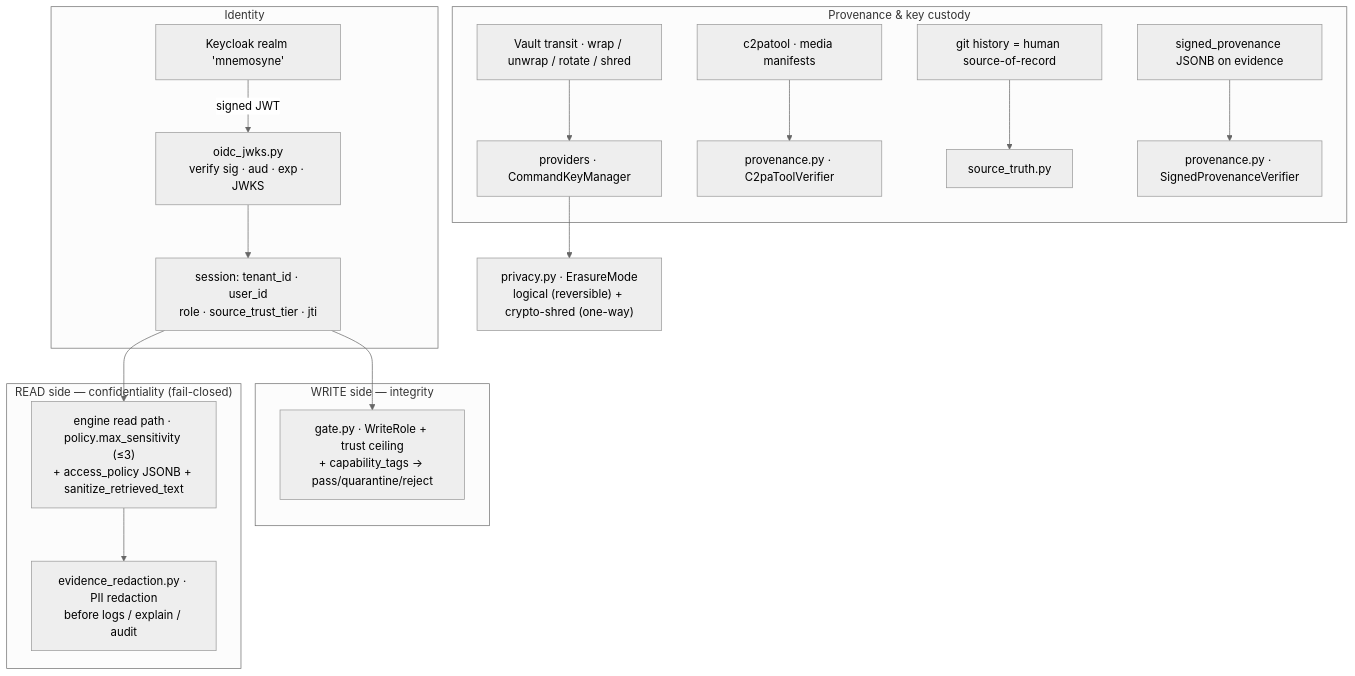
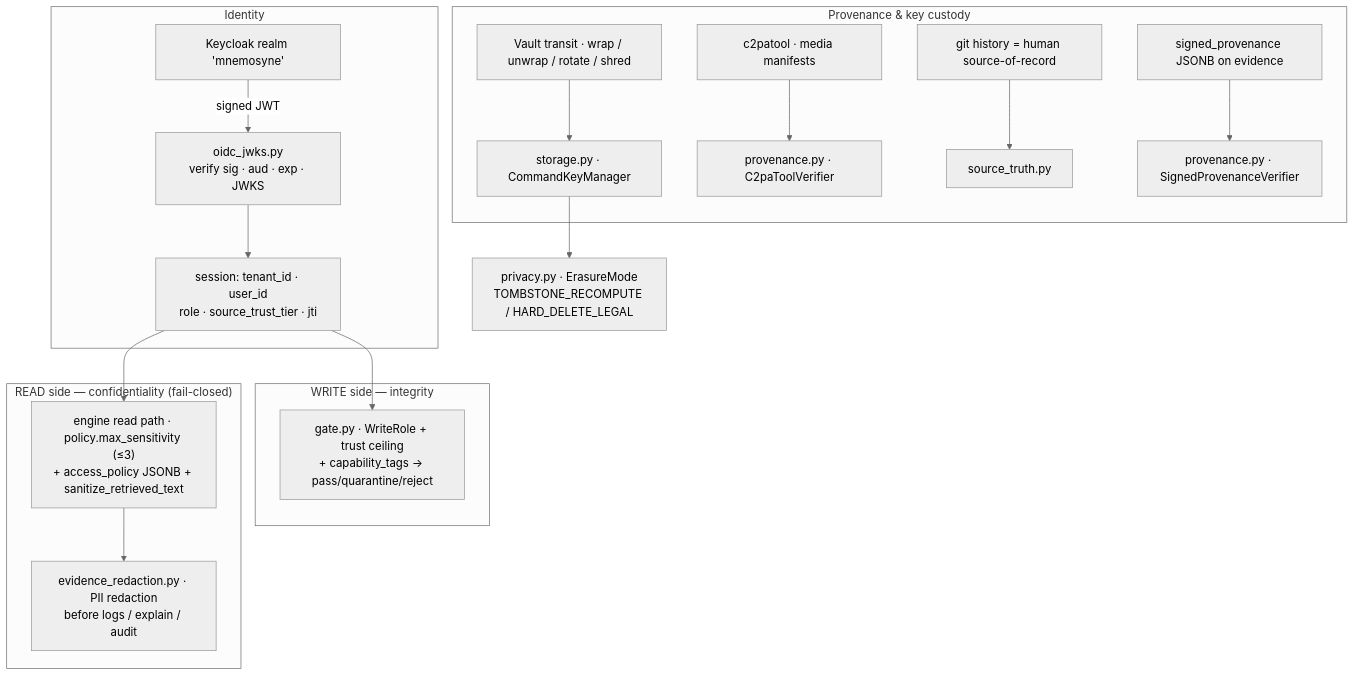
The seventh of 8 diagrams in docs/ARCHITECTURE-OVERVIEW.md (onfire7777/Mnemosyne), drawn with Mermaid (neutral theme) before and after one commit. The commit also changed other lines of this file, not shown here.

First line of the commit message:
docs(architecture): tighten schema and provider details

````diff
--- a/docs/ARCHITECTURE-OVERVIEW.md
+++ b/docs/ARCHITECTURE-OVERVIEW.md
@@ -483,26 +499,26 @@
 ```mermaid
 flowchart TB
     subgraph IDP["Identity"]
         KC["Keycloak realm 'mnemosyne'"] -->|signed JWT| OIDC["oidc_jwks.py<br/>verify sig · aud · exp · JWKS"]
         OIDC --> SESS["session: tenant_id · user_id<br/>role · source_trust_tier · jti"]
     end
 
     subgraph WRITE["WRITE side — integrity"]
         SESS --> GATE["gate.py · WriteRole + trust ceiling<br/>+ capability_tags → pass/quarantine/reject"]
     end
 
     subgraph READ["READ side — confidentiality (fail-closed)"]
         SESS --> ENF["engine read path · policy.max_sensitivity (≤3)<br/>+ access_policy JSONB + sanitize_retrieved_text"]
         ENF --> RED["evidence_redaction.py · PII redaction<br/>before logs / explain / audit"]
     end
 
     subgraph PROV["Provenance & key custody"]
-        VAULT["Vault transit · wrap / unwrap / rotate / shred"] --> KM["providers · CommandKeyManager"]
+        VAULT["Vault transit · wrap / unwrap / rotate / shred"] --> KM["storage.py · CommandKeyManager"]
         C2PA["c2patool · media manifests"] --> CV["provenance.py · C2paToolVerifier"]
         GIT["git history = human source-of-record"] --> ST["source_truth.py"]
         SP["signed_provenance JSONB on evidence"] --> SPV["provenance.py · SignedProvenanceVerifier"]
     end
 
-    PRIV["privacy.py · ErasureMode<br/>logical (reversible) + crypto-shred (one-way)"]
+    PRIV["privacy.py · ErasureMode<br/>TOMBSTONE_RECOMPUTE / HARD_DELETE_LEGAL"]
     KM --> PRIV
 ```
````
